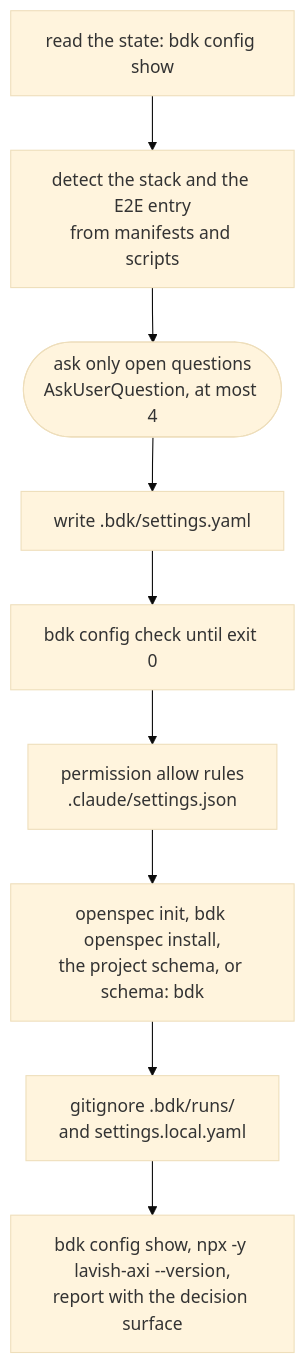
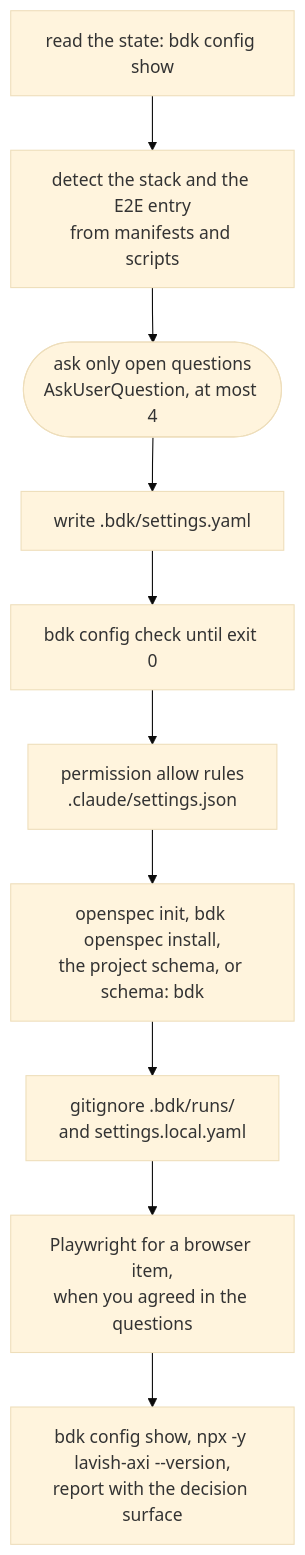
Before and after one commit to broneq/bdk: the first of 16 diagrams in docs/concepts/orchestrators.md, drawn with Mermaid (base theme). The commit also changed other lines of this file and 14 other files, not shown here.

First line of the commit message:
docs(concepts): bring the diagrams up to date with the skills

````diff
--- a/docs/concepts/orchestrators.md
+++ b/docs/concepts/orchestrators.md
@@ -11,11 +11,12 @@
 ```mermaid
 flowchart TB
   S1["read the state: bdk config show"] --> S2["detect the stack and the E2E entry<br/>from manifests and scripts"]
   S2 --> S3(["ask only open questions<br/>AskUserQuestion, at most 4"])
   S3 --> S4["write .bdk/settings.yaml"]
   S4 --> S5["bdk config check until exit 0"]
   S5 --> S6["permission allow rules<br/>.claude/settings.json"]
   S6 --> S7["openspec init, bdk openspec install,<br/>the project schema, or schema: bdk"]
   S7 --> S8["gitignore .bdk/runs/<br/>and settings.local.yaml"]
-  S8 --> S9["bdk config show, npx -y lavish-axi --version,<br/>report with the decision surface"]
+  S8 --> S9["Playwright for a browser item,<br/>when you agreed in the questions"]
+  S9 --> S10["bdk config show, npx -y lavish-axi --version,<br/>report with the decision surface"]
 ```
````
